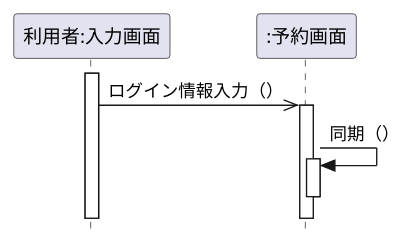
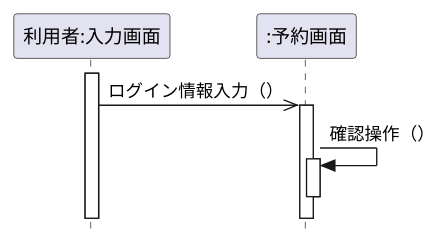
One commit to marute0215/uml-introduction changed the diagram in 演習4-2_SD_利用者と予約画面.pu. Above: the diagram before and after it, drawn with PlantUML.

Commit message:
修正

```diff
--- a/演習4-2_SD_利用者と予約画面.pu
+++ b/演習4-2_SD_利用者と予約画面.pu
@@ -1,15 +1,15 @@
 @startuml 
  hide footbox
 skinparam style strictuml /' 厳密なUMLに準拠する'/
 participant "利用者:入力画面" as gest
 participant ":予約画面" as ReservationScreen
 
 activate gest
 gest ->> ReservationScreen: ログイン情報入力（）
 
 activate ReservationScreen
-    ReservationScreen -> ReservationScreen: 同期（）
+    ReservationScreen -> ReservationScreen: 確認操作（）
     activate ReservationScreen
 deactivate ReservationScreen
 
 @enduml
```
